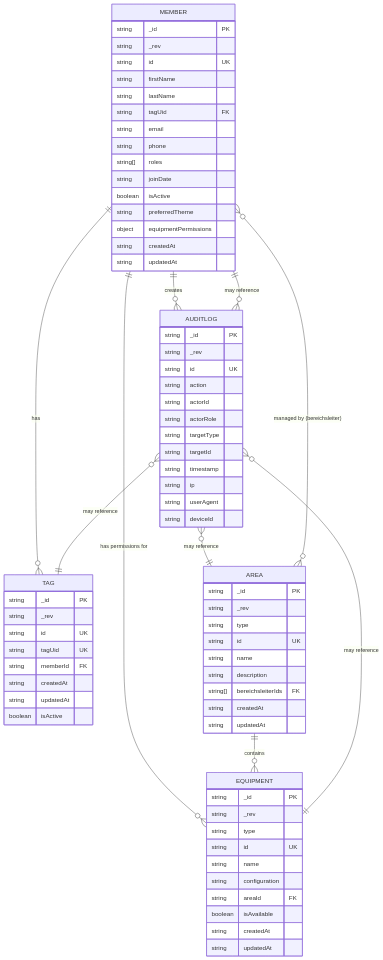
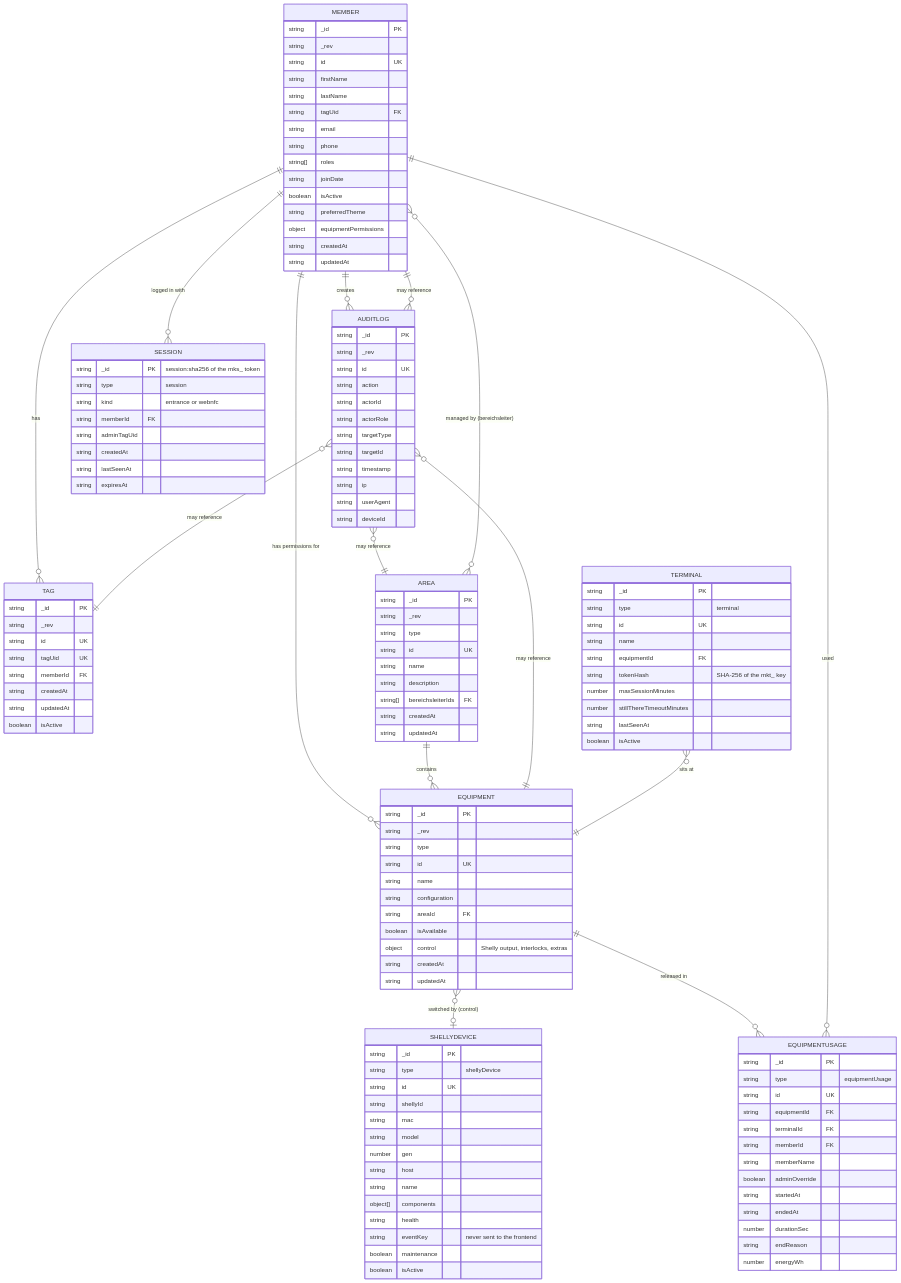
Before and after one commit to RoninRage/mks-control: the diagram in docs/db-diagram.md, drawn with Mermaid. The commit also changed other lines of this file and 13 other files, not shown here.

````diff
--- a/docs/db-diagram.md
+++ b/docs/db-diagram.md
@@ -42,6 +42,8 @@
         string configuration
         string areaId FK
         boolean isAvailable
+        object control "Shelly output, interlocks, extras"
+
         string createdAt
         string updatedAt
     }
@@ -73,6 +75,63 @@
         string deviceId
     }
 
+    SHELLYDEVICE {
+        string _id PK
+        string type "shellyDevice"
+        string id UK
+        string shellyId
+        string mac
+        string model
+        number gen
+        string host
+        string name
+        object[] components
+        string health
+        string eventKey "never sent to the frontend"
+        boolean maintenance
+        boolean isActive
+    }
+
+    TERMINAL {
+        string _id PK
+        string type "terminal"
+        string id UK
+        string name
+        string equipmentId FK
+        string tokenHash "SHA-256 of the mkt_ key"
+        number maxSessionMinutes
+        number stillThereTimeoutMinutes
+        string lastSeenAt
+        boolean isActive
+    }
+
+    SESSION {
+        string _id PK "session:sha256 of the mks_ token"
+        string type "session"
+        string kind "entrance or webnfc"
+        string memberId FK
+        string adminTagUid
+        string createdAt
+        string lastSeenAt
+        string expiresAt
+    }
+
+    EQUIPMENTUSAGE {
+        string _id PK
+        string type "equipmentUsage"
+        string id UK
+        string equipmentId FK
+        string terminalId FK
+        string memberId FK
+        string memberName
+        boolean adminOverride
+        string startedAt
+        string endedAt
+        number durationSec
+        string endReason
+        number energyWh
+    }
+
     MEMBER ||--o{ TAG : "has"
     MEMBER ||--o{ EQUIPMENT : "has permissions for"
     AREA ||--o{ EQUIPMENT : "contains"
@@ -82,4 +141,9 @@
     AUDITLOG }o--|| EQUIPMENT : "may reference"
     AUDITLOG }o--|| TAG : "may reference"
     AUDITLOG }o--|| AREA : "may reference"
+    EQUIPMENT }o--o| SHELLYDEVICE : "switched by (control)"
+    TERMINAL }o--|| EQUIPMENT : "sits at"
+    MEMBER ||--o{ SESSION : "logged in with"
+    EQUIPMENT ||--o{ EQUIPMENTUSAGE : "released in"
+    MEMBER ||--o{ EQUIPMENTUSAGE : "used"
 ```
````
